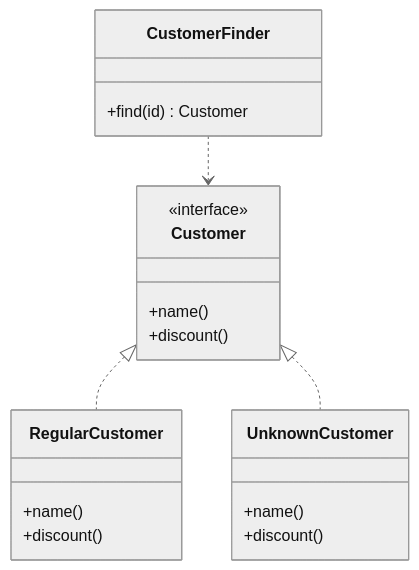
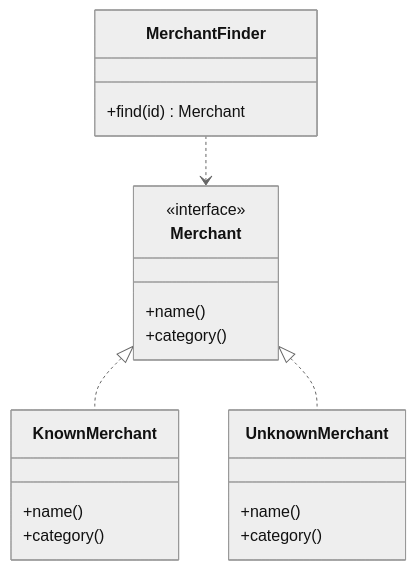
The diagram in docs/design/poeaa/base/special-case.md (alancesar/design-patterns), drawn with Mermaid (neutral theme) before and after one commit. The commit also changed other lines of this file and 95 other files, not shown here.

First line of the commit message:
Switch PoEAA examples and diagrams to fintech scenarios

````diff
--- a/docs/design/poeaa/base/special-case.md
+++ b/docs/design/poeaa/base/special-case.md
@@ -56,22 +56,22 @@
 ```mermaid
 classDiagram
-    class Customer {
+    class Merchant {
         <<interface>>
         +name()
-        +discount()
+        +category()
     }
-    class RegularCustomer {
+    class KnownMerchant {
         +name()
-        +discount()
+        +category()
     }
-    class UnknownCustomer {
+    class UnknownMerchant {
         +name()
-        +discount()
+        +category()
     }
-    class CustomerFinder {
-        +find(id) Customer
+    class MerchantFinder {
+        +find(id) Merchant
     }
-    Customer <|.. RegularCustomer
-    Customer <|.. UnknownCustomer
-    CustomerFinder ..> Customer
+    Merchant <|.. KnownMerchant
+    Merchant <|.. UnknownMerchant
+    MerchantFinder ..> Merchant
 ```
````
